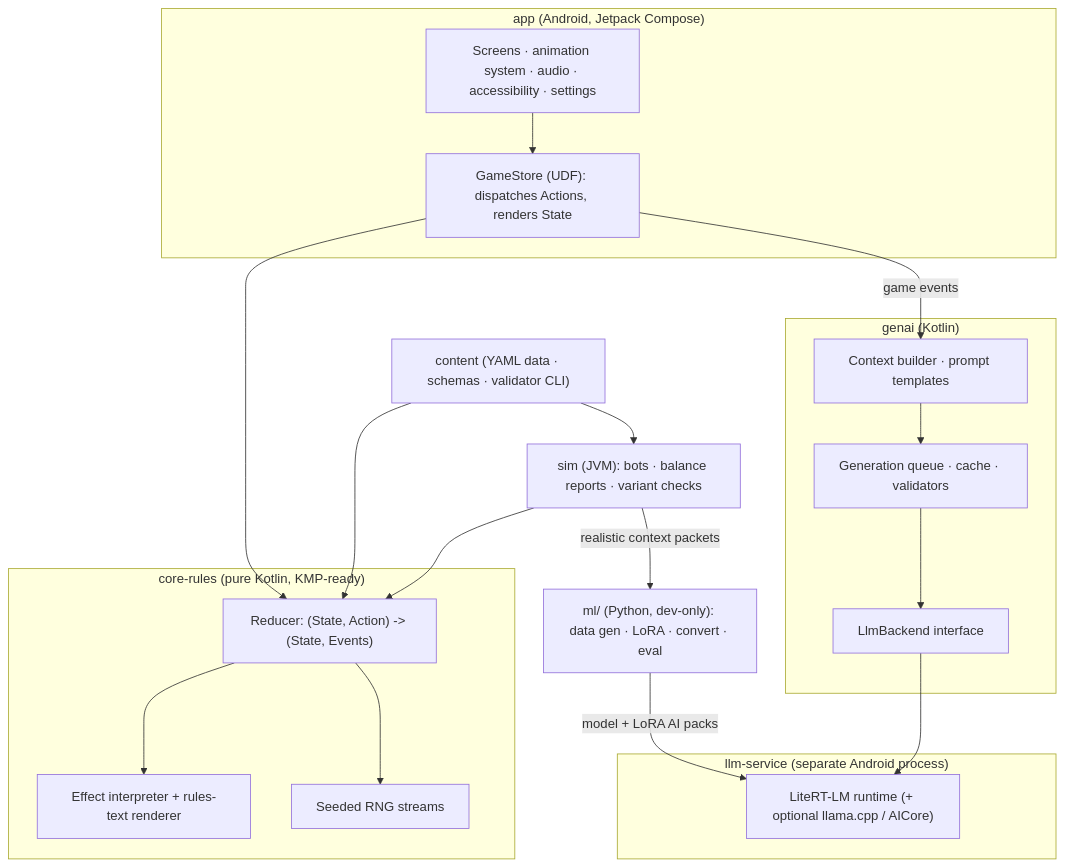
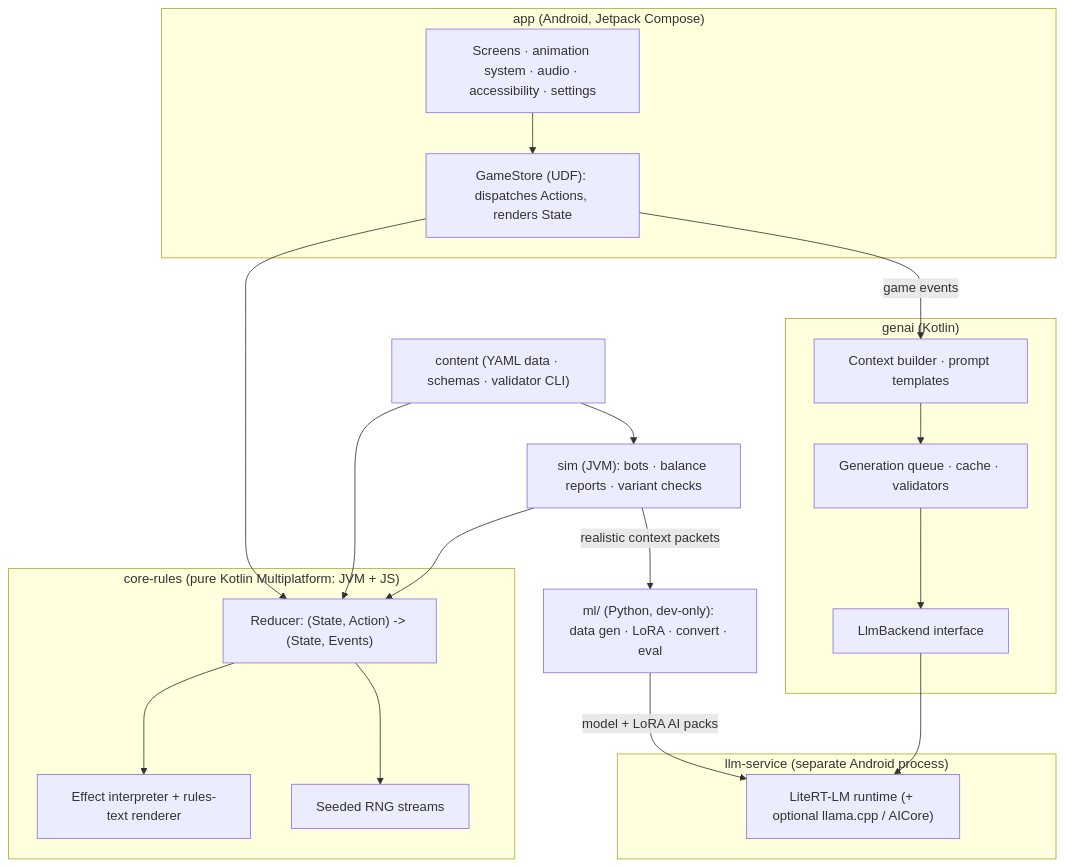
The first of 2 diagrams in docs/09-tech-architecture.md (Andrea23Romano/DCBB), drawn with Mermaid before and after one commit. The commit also changed other lines of this file and 46 other files, not shown here.

````diff
--- a/docs/09-tech-architecture.md
+++ b/docs/09-tech-architecture.md
@@ -47,33 +47,33 @@
 ```mermaid
 flowchart TB
     subgraph APP["app (Android, Jetpack Compose)"]
         UI["Screens · animation system · audio · accessibility · settings"]
         STORE["GameStore (UDF): dispatches Actions, renders State"]
     end
-    subgraph CORE["core-rules (pure Kotlin, KMP-ready)"]
+    subgraph CORE["core-rules (pure Kotlin Multiplatform: JVM + JS)"]
         RED["Reducer: (State, Action) -> (State, Events)"]
         DSL["Effect interpreter + rules-text renderer"]
         RNG["Seeded RNG streams"]
     end
     subgraph GEN["genai (Kotlin)"]
         CTX["Context builder · prompt templates"]
         QUE["Generation queue · cache · validators"]
         BE["LlmBackend interface"]
     end
     subgraph SVC["llm-service (separate Android process)"]
         LRT["LiteRT-LM runtime (+ optional llama.cpp / AICore)"]
     end
     CONTENT["content (YAML data · schemas · validator CLI)"]
     SIM["sim (JVM): bots · balance reports · variant checks"]
     ML["ml/ (Python, dev-only): data gen · LoRA · convert · eval"]
 
     UI --> STORE --> RED
     RED --> DSL
     RED --> RNG
     STORE -- "game events" --> CTX --> QUE --> BE --> LRT
     CONTENT --> RED
     CONTENT --> SIM
     SIM --> RED
     SIM -- "realistic context packets" --> ML
     ML -- "model + LoRA AI packs" --> LRT
 ```
````
